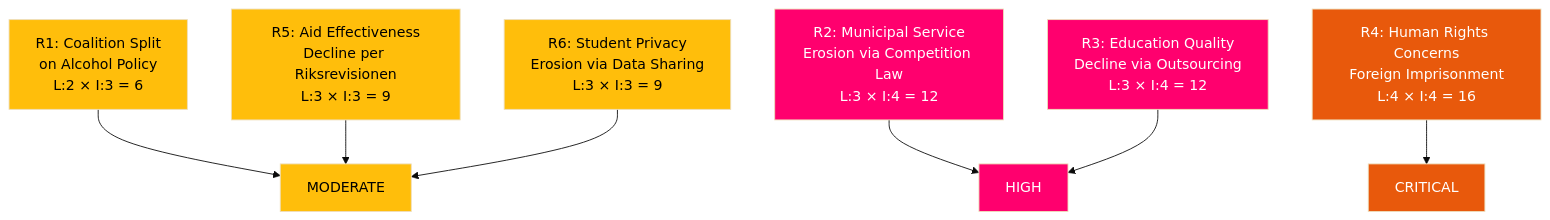
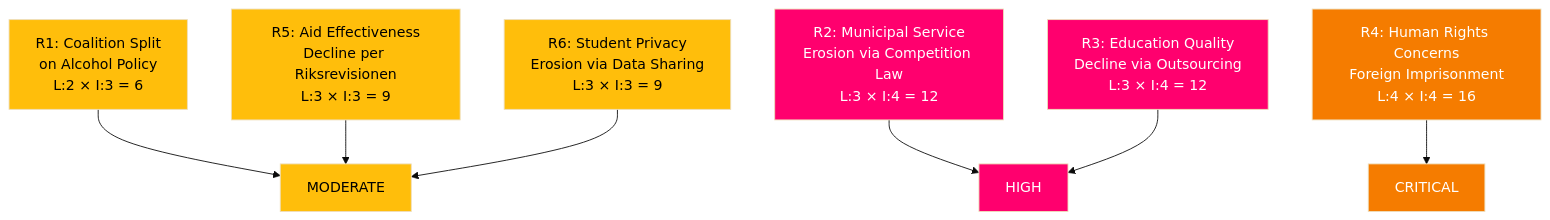
One commit to Hack23/riksdagsmonitor changed the diagram in analysis/daily/2026-04-13/motions/risk-assessment.md. Above: the diagram before and after it, drawn with Mermaid (base theme). The commit also changed 785 other files, not shown here.

First line of the commit message:
Normalize mermaid colors across 786 analysis artifacts to ISMS Style Guide palette

````diff
--- a/analysis/daily/2026-04-13/motions/risk-assessment.md
+++ b/analysis/daily/2026-04-13/motions/risk-assessment.md
@@ -10,18 +10,18 @@
 ```mermaid
 graph TD
     R1["R1: Coalition Split<br>on Alcohol Policy<br>L:2 × I:3 = 6"] --> CAT1["MODERATE"]
     R2["R2: Municipal Service<br>Erosion via Competition Law<br>L:3 × I:4 = 12"] --> CAT2["HIGH"]
     R3["R3: Education Quality<br>Decline via Outsourcing<br>L:3 × I:4 = 12"] --> CAT2
     R4["R4: Human Rights Concerns<br>Foreign Imprisonment<br>L:4 × I:4 = 16"] --> CAT3["CRITICAL"]
     R5["R5: Aid Effectiveness<br>Decline per Riksrevisionen<br>L:3 × I:3 = 9"] --> CAT1
     R6["R6: Student Privacy<br>Erosion via Data Sharing<br>L:3 × I:3 = 9"] --> CAT1
-    style R1 fill:#ffbe0b,color:#000
-    style R2 fill:#ff006e,color:#fff
-    style R3 fill:#ff006e,color:#fff
-    style R4 fill:#e8590c,color:#fff
-    style R5 fill:#ffbe0b,color:#000
-    style R6 fill:#ffbe0b,color:#000
-    style CAT1 fill:#ffbe0b,color:#000
-    style CAT2 fill:#ff006e,color:#fff
-    style CAT3 fill:#e8590c,color:#fff
+    style R1 fill:#ffbe0b,color:#000000
+    style R2 fill:#ff006e,color:#FFFFFF
+    style R3 fill:#ff006e,color:#FFFFFF
+    style R4 fill:#F57C00,color:#FFFFFF
+    style R5 fill:#ffbe0b,color:#000000
+    style R6 fill:#ffbe0b,color:#000000
+    style CAT1 fill:#ffbe0b,color:#000000
+    style CAT2 fill:#ff006e,color:#FFFFFF
+    style CAT3 fill:#F57C00,color:#FFFFFF
 ```
````
